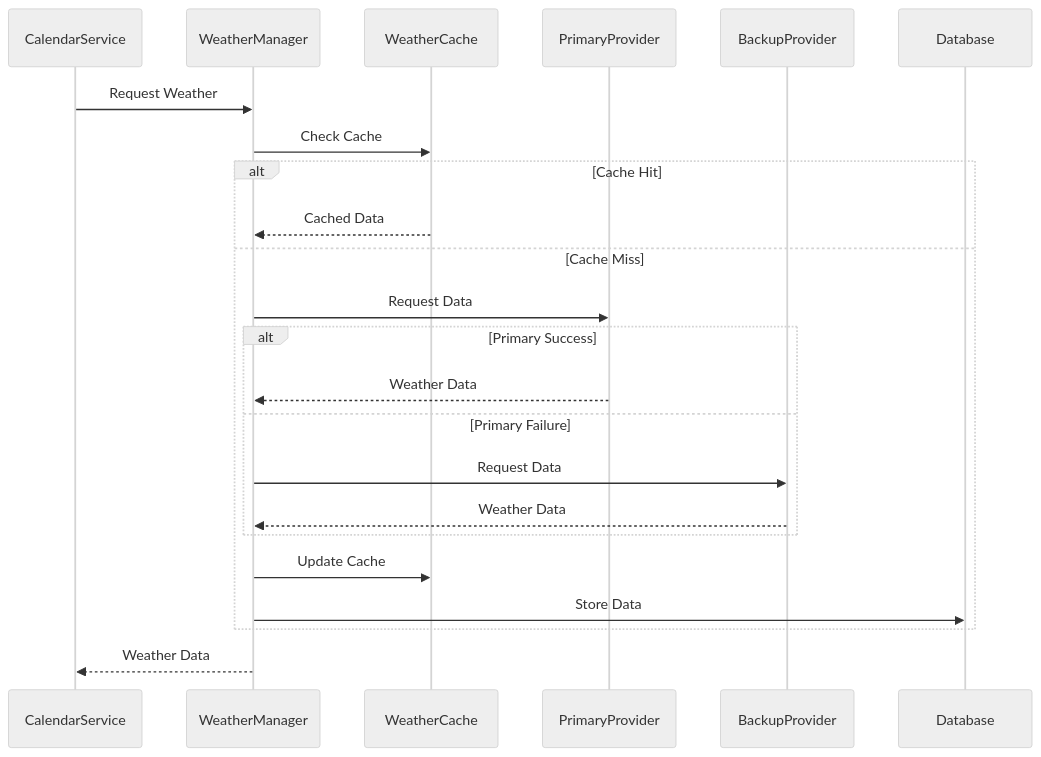
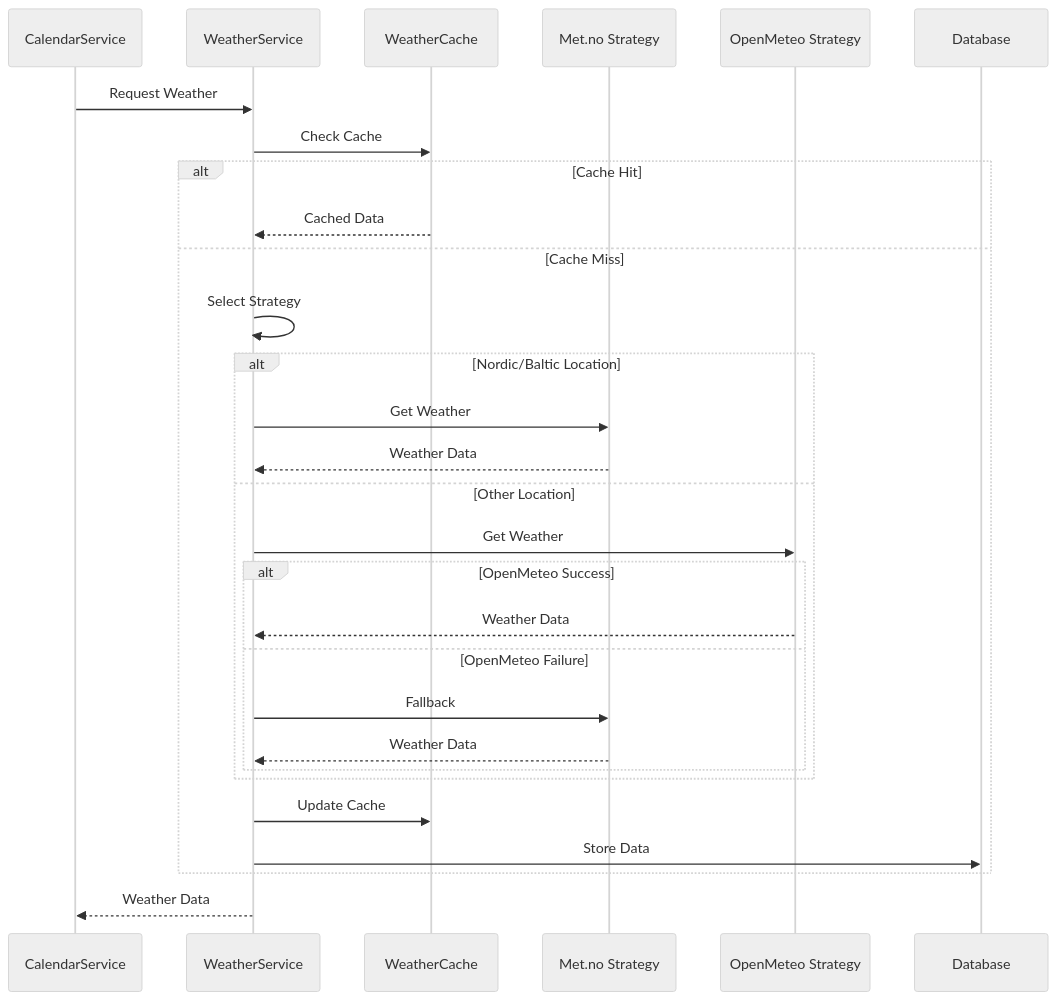
The third of 4 diagrams in docs/architecture/overview.md (nasula/golfcal2), drawn with Mermaid (neutral theme) before and after one commit. The commit also changed other lines of this file and 16 other files, not shown here.

First line of the commit message:
Refactor weather service documentation with strategy pattern and improved provider implementations

````diff
--- a/docs/architecture/overview.md
+++ b/docs/architecture/overview.md
@@ -144,26 +143,32 @@
 ```mermaid
 sequenceDiagram
     participant CS as CalendarService
-    participant WM as WeatherManager
+    participant WS as WeatherService
     participant Cache as WeatherCache
-    participant Primary as PrimaryProvider
-    participant Backup as BackupProvider
+    participant Met as Met.no Strategy
+    participant OM as OpenMeteo Strategy
     participant DB as Database
 
-    CS->>WM: Request Weather
-    WM->>Cache: Check Cache
+    CS->>WS: Request Weather
+    WS->>Cache: Check Cache
     alt Cache Hit
-        Cache-->>WM: Cached Data
+        Cache-->>WS: Cached Data
     else Cache Miss
-        WM->>Primary: Request Data
-        alt Primary Success
-            Primary-->>WM: Weather Data
-        else Primary Failure
-            WM->>Backup: Request Data
-            Backup-->>WM: Weather Data
+        WS->>WS: Select Strategy
+        alt Nordic/Baltic Location
+            WS->>Met: Get Weather
+            Met-->>WS: Weather Data
+        else Other Location
+            WS->>OM: Get Weather
+            alt OpenMeteo Success
+                OM-->>WS: Weather Data
+            else OpenMeteo Failure
+                WS->>Met: Fallback
+                Met-->>WS: Weather Data
+            end
         end
-        WM->>Cache: Update Cache
-        WM->>DB: Store Data
+        WS->>Cache: Update Cache
+        WS->>DB: Store Data
     end
-    WM-->>CS: Weather Data
+    WS-->>CS: Weather Data
 ```
````
